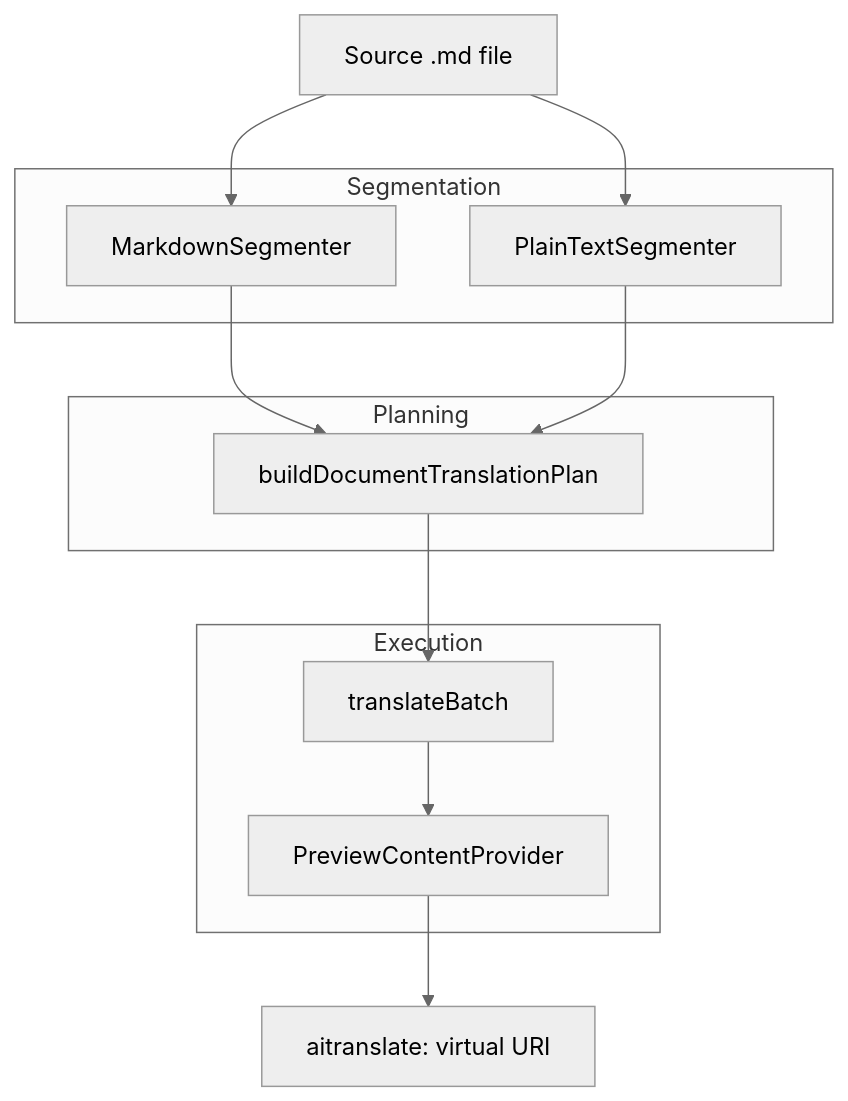
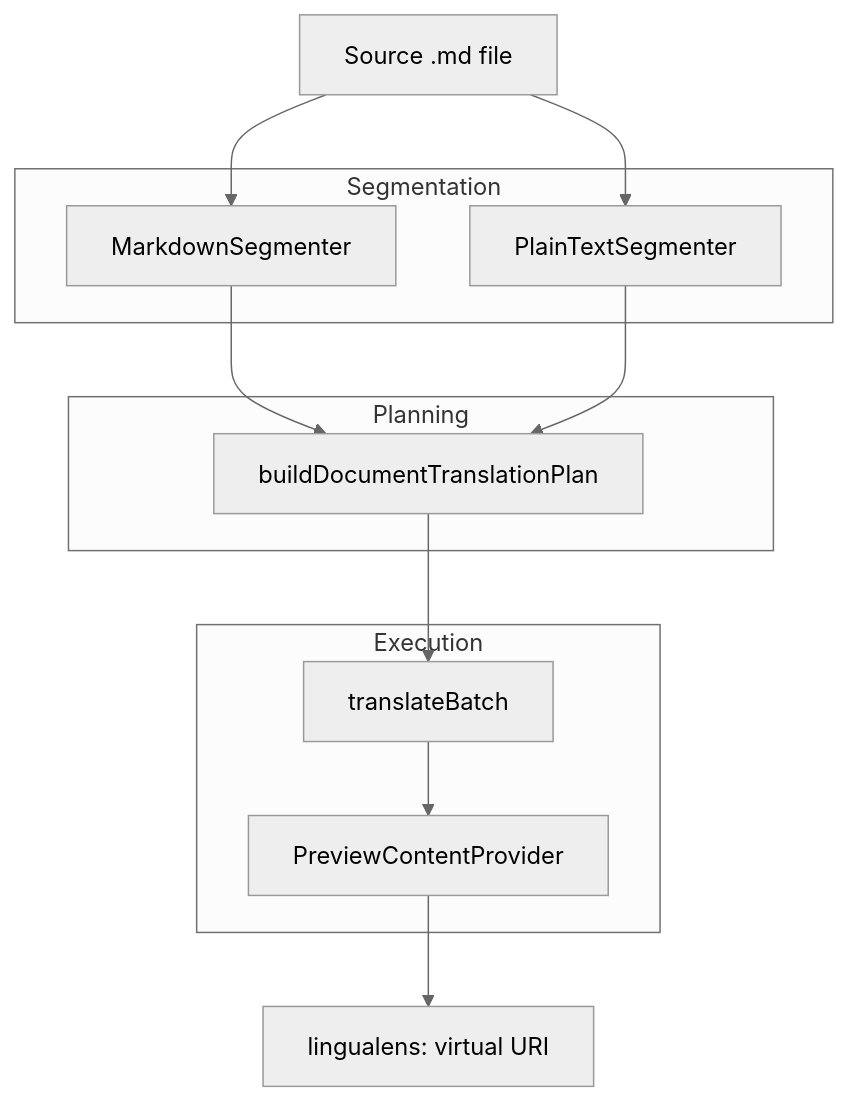
Before and after one commit to samuelj1519/lingua-lens: the third of 3 diagrams in docs/en/explanation/architecture.md, drawn with Mermaid (neutral theme). The commit also changed other lines of this file and 113 other files, not shown here.

````diff
--- a/docs/en/explanation/architecture.md
+++ b/docs/en/explanation/architecture.md
@@ -65,21 +65,21 @@
 ```mermaid
 flowchart TB
   subgraph segment [Segmentation]
     MD[MarkdownSegmenter]
     PT[PlainTextSegmenter]
   end
   subgraph plan [Planning]
     P[buildDocumentTranslationPlan]
   end
   subgraph exec [Execution]
     TB[translateBatch]
     PR[PreviewContentProvider]
   end
   SRC[Source .md file] --> MD
   SRC --> PT
   MD --> P
   PT --> P
   P --> TB
   TB --> PR
-  PR --> PV[aitranslate: virtual URI]
+  PR --> PV[lingualens: virtual URI]
 ```
````
